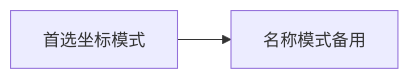
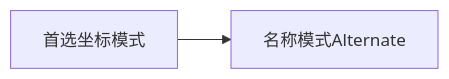
Before and after one commit to krammarkro/bettergi-scripts-list-en: the diagram in repo/js/AutoLoopUseFood/README.md, drawn with Mermaid. The commit also changed other lines of this file and 3106 other files, not shown here.

````diff
--- a/repo/js/AutoLoopUseFood/README.md
+++ b/repo/js/AutoLoopUseFood/README.md
@@ -71,4 +71,4 @@
     ```mermaid
     graph LR
-    A[首选坐标模式] --> B[名称模式备用]
+    A[首选坐标模式] --> B[名称模式Alternate]
     ```
````
